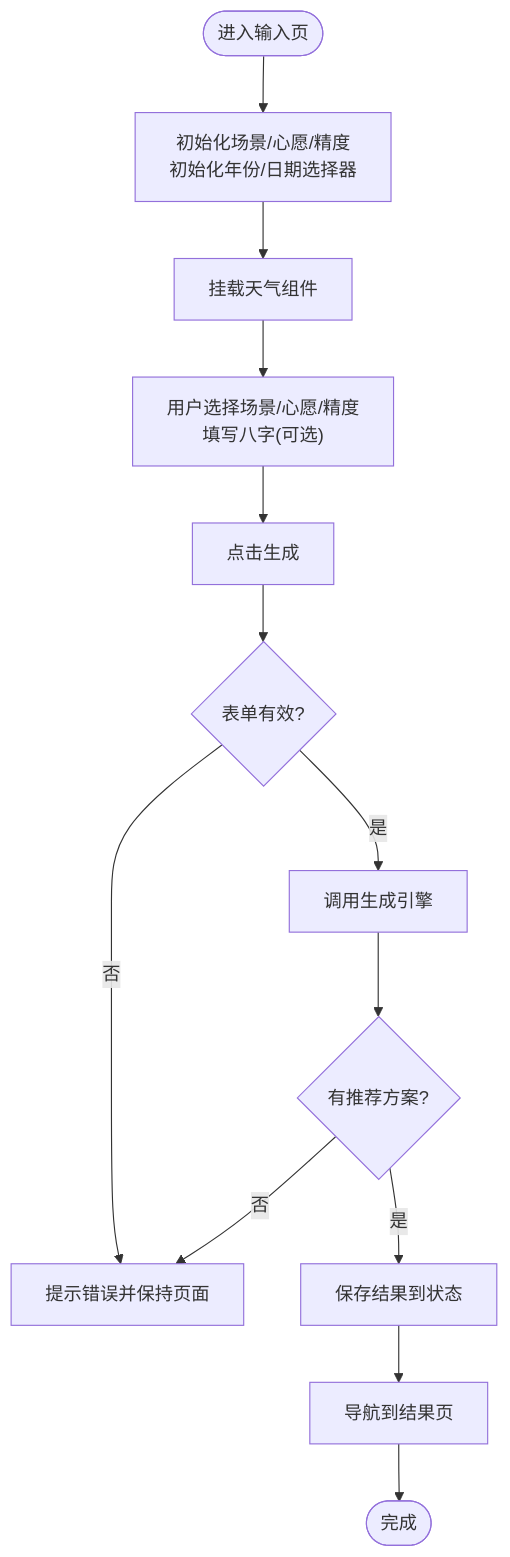
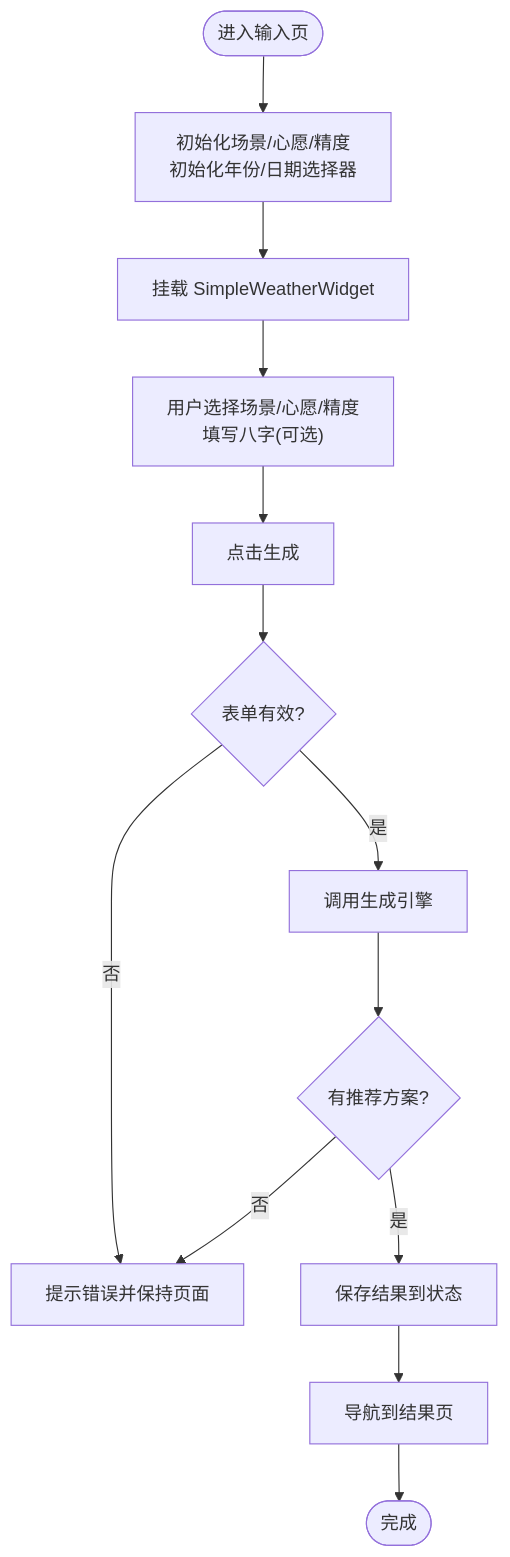
One commit to jeankeim/wuxing-fashion changed the sixth of 9 diagrams in .qoder/repowiki/zh/content/用户界面组件/用户界面组件.md. Above: the diagram before and after it, drawn with Mermaid. The commit also changed other lines of this file and 27 other files, not shown here.

````diff
--- a/.qoder/repowiki/zh/content/用户界面组件/用户界面组件.md
+++ b/.qoder/repowiki/zh/content/用户界面组件/用户界面组件.md
@@ -366,15 +426,15 @@
 ```mermaid
 flowchart TD
 Start(["进入输入页"]) --> Init["初始化场景/心愿/精度<br/>初始化年份/日期选择器"]
-Init --> MountWidget["挂载天气组件"]
+Init --> MountWidget["挂载 SimpleWeatherWidget"]
 MountWidget --> UserInput["用户选择场景/心愿/精度<br/>填写八字(可选)"]
 UserInput --> Generate["点击生成"]
 Generate --> Validate{"表单有效?"}
 Validate --> |否| Toast["提示错误并保持页面"]
 Validate --> |是| CallEngine["调用生成引擎"]
 CallEngine --> Result{"有推荐方案?"}
 Result --> |否| Toast
 Result --> |是| Save["保存结果到状态"]
 Save --> Navigate["导航到结果页"]
 Navigate --> End(["完成"])
 ```
````
